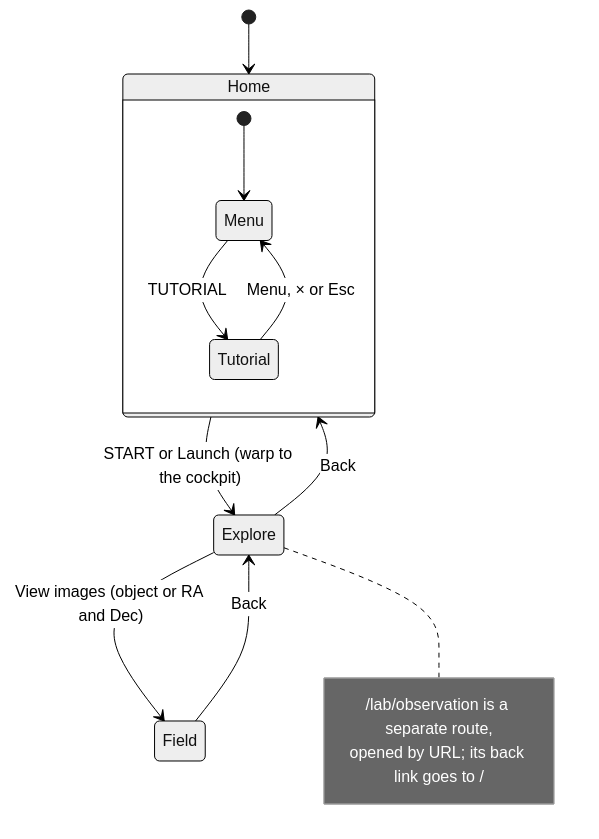
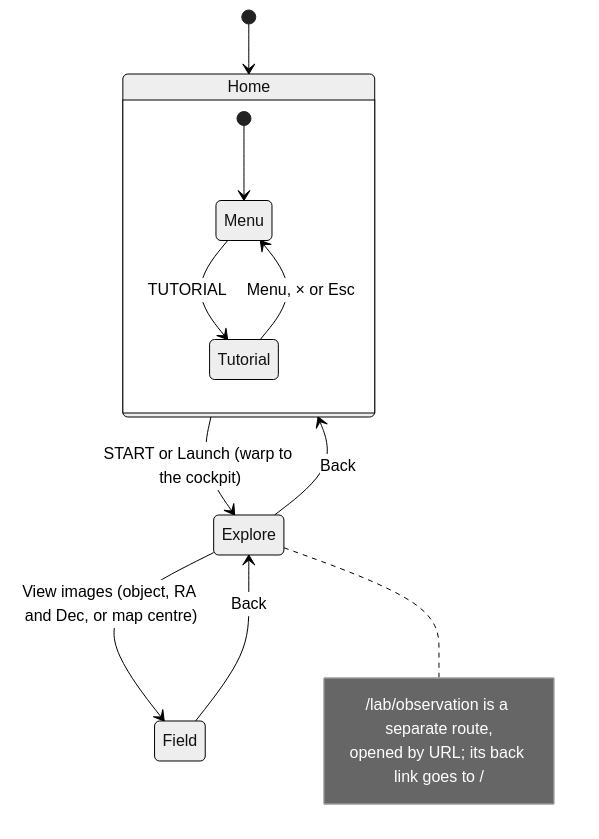
The ninth of 10 diagrams in docs/architecture.md (toroc07/nebo-app), drawn with Mermaid (neutral theme) before and after one commit. The commit also changed other lines of this file, not shown here.

Commit message:
docs: map-centre View images, clearable destination and partial field preview

````diff
--- a/docs/architecture.md
+++ b/docs/architecture.md
@@ -448,17 +451,17 @@
 ```mermaid
 stateDiagram-v2
   [*] --> Home
   state Home {
     [*] --> Menu
     Menu --> Tutorial: TUTORIAL
     Tutorial --> Menu: Menu, × or Esc
   }
   Home --> Explore: START or Launch (warp to the cockpit)
-  Explore --> Field: View images (object or RA and Dec)
+  Explore --> Field: View images (object, RA and Dec, or map centre)
   Field --> Explore: Back
   Explore --> Home: Back
   note right of Explore
     /lab/observation is a separate route,
     opened by URL; its back link goes to /
   end note
 ```
````
